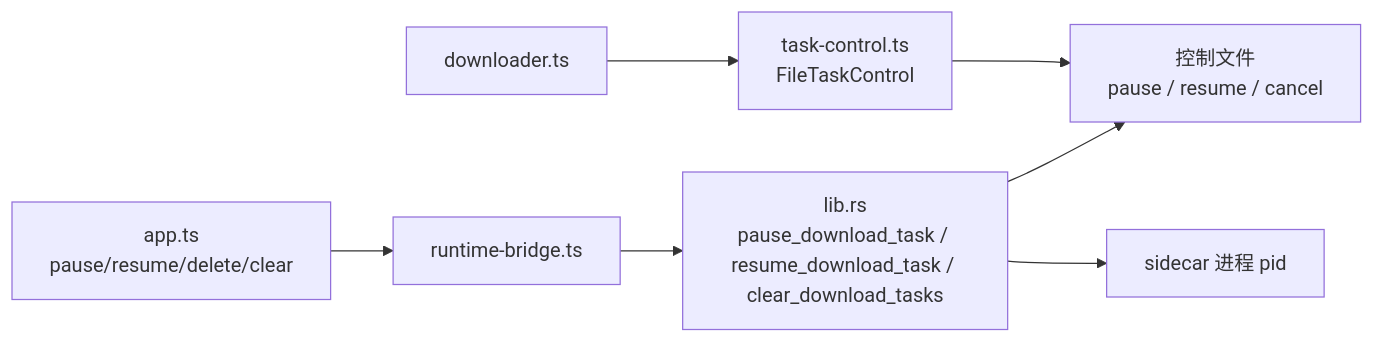
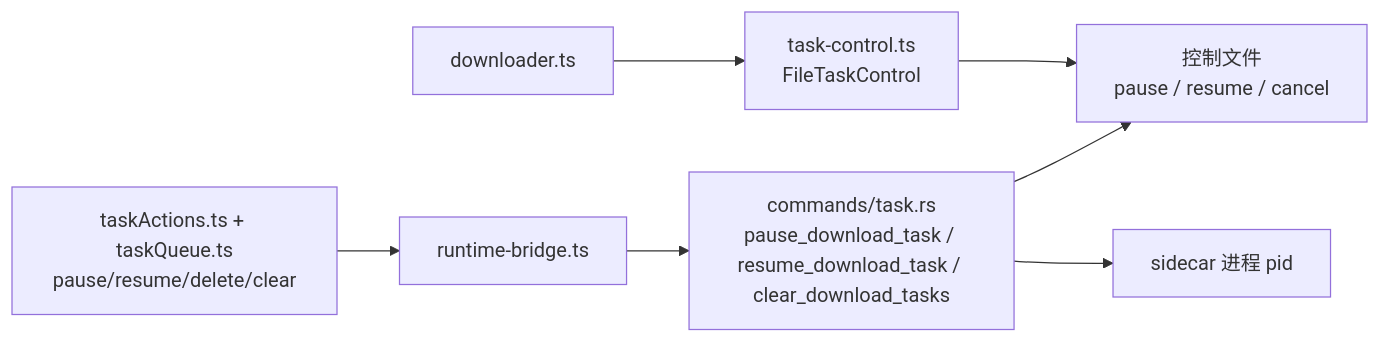
The fifth of 9 diagrams in docs/ai-context/runtime-flows.md (vdbvxcbcb/movie-cover-downloader), drawn with Mermaid before and after one commit. The commit also changed other lines of this file and 7 other files, not shown here.

````diff
--- a/docs/ai-context/runtime-flows.md
+++ b/docs/ai-context/runtime-flows.md
@@ -172,9 +188,9 @@
 ```mermaid
 flowchart LR
-  Store["app.ts\npause/resume/delete/clear"] --> Bridge["runtime-bridge.ts"]
-  Bridge --> Tauri["lib.rs\npause_download_task / resume_download_task / clear_download_tasks"]
+  Store["taskActions.ts + taskQueue.ts\npause/resume/delete/clear"] --> Bridge["runtime-bridge.ts"]
+  Bridge --> Tauri["commands/task.rs\npause_download_task / resume_download_task / clear_download_tasks"]
   Tauri --> Control["控制文件\npause / resume / cancel"]
   Tauri --> Process["sidecar 进程 pid"]
   Sidecar["task-control.ts\nFileTaskControl"] --> Control
   Downloader["downloader.ts"] --> Sidecar
 ```
````
